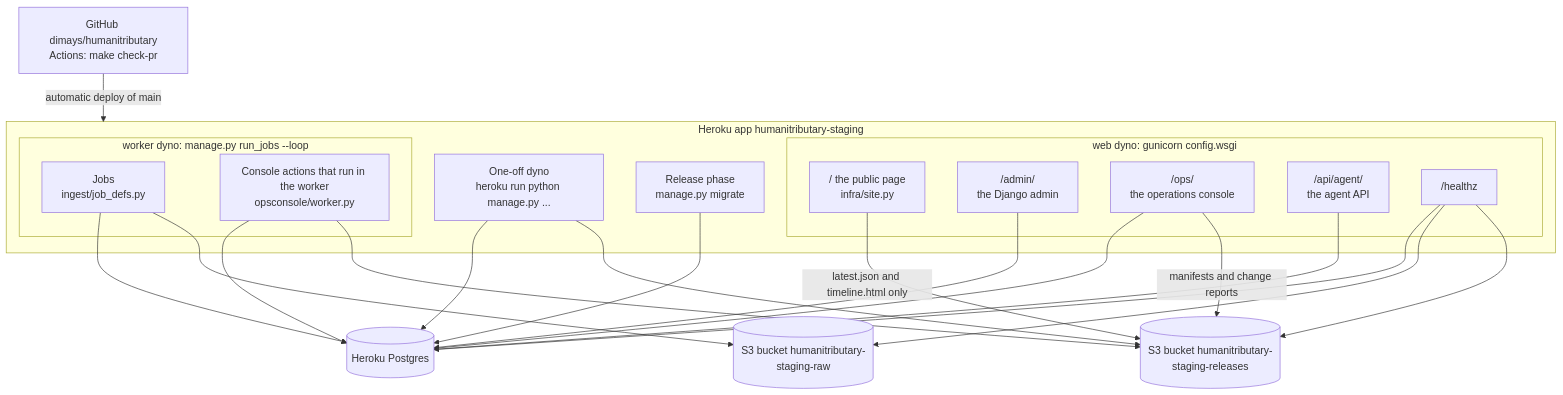
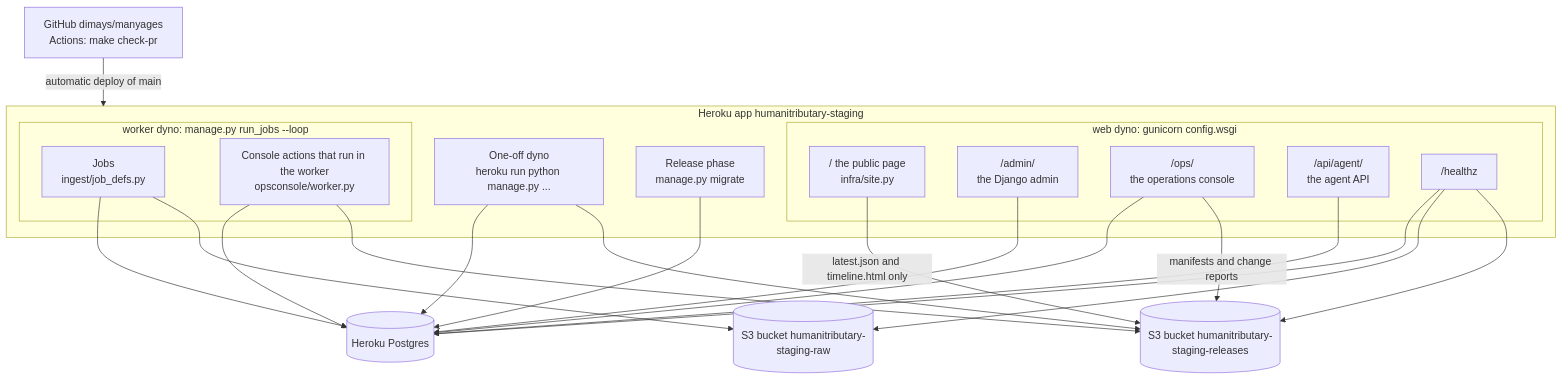
The second of 7 diagrams in docs/manual/architecture.md (dimays/humanitributary), drawn with Mermaid before and after one commit. The commit also changed other lines of this file and 7 other files, not shown here.

First line of the commit message:
Point the repository URL at dimays/manyages

````diff
--- a/docs/manual/architecture.md
+++ b/docs/manual/architecture.md
@@ -58,32 +58,32 @@
 ```mermaid
 flowchart TB
     subgraph heroku["Heroku app humanitributary-staging"]
         subgraph webdyno["web dyno: gunicorn config.wsgi"]
             site["/ the public page<br/>infra/site.py"]
             admin["/admin/<br/>the Django admin"]
             ops["/ops/<br/>the operations console"]
             api["/api/agent/<br/>the agent API"]
             health["/healthz"]
         end
         subgraph workerdyno["worker dyno: manage.py run_jobs --loop"]
             jobs["Jobs<br/>ingest/job_defs.py"]
             pickup["Console actions that run in the worker<br/>opsconsole/worker.py"]
         end
         oneoff["One-off dyno<br/>heroku run python manage.py ..."]
         releasephase["Release phase<br/>manage.py migrate"]
     end
     pg[("Heroku Postgres")]
     raw[("S3 bucket humanitributary-staging-raw")]
     rel[("S3 bucket humanitributary-staging-releases")]
-    gh["GitHub dimays/humanitributary<br/>Actions: make check-pr"]
+    gh["GitHub dimays/manyages<br/>Actions: make check-pr"]
 
     admin & ops & api & health --> pg
     site -- "latest.json and timeline.html only" --> rel
     ops -- "manifests and change reports" --> rel
     health --> raw & rel
     jobs --> pg & raw
     pickup --> pg & rel
     oneoff --> pg & rel
     releasephase --> pg
     gh -- "automatic deploy of main" --> heroku
 ```
````
